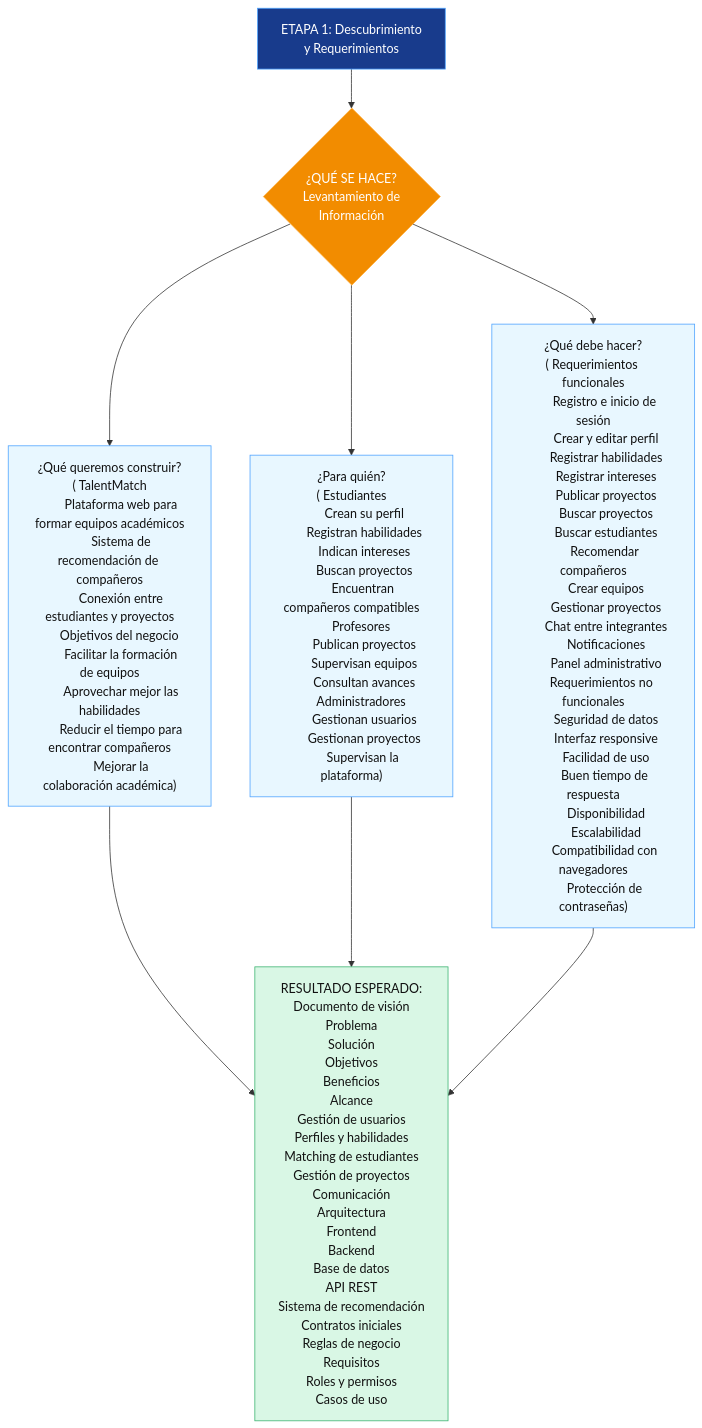
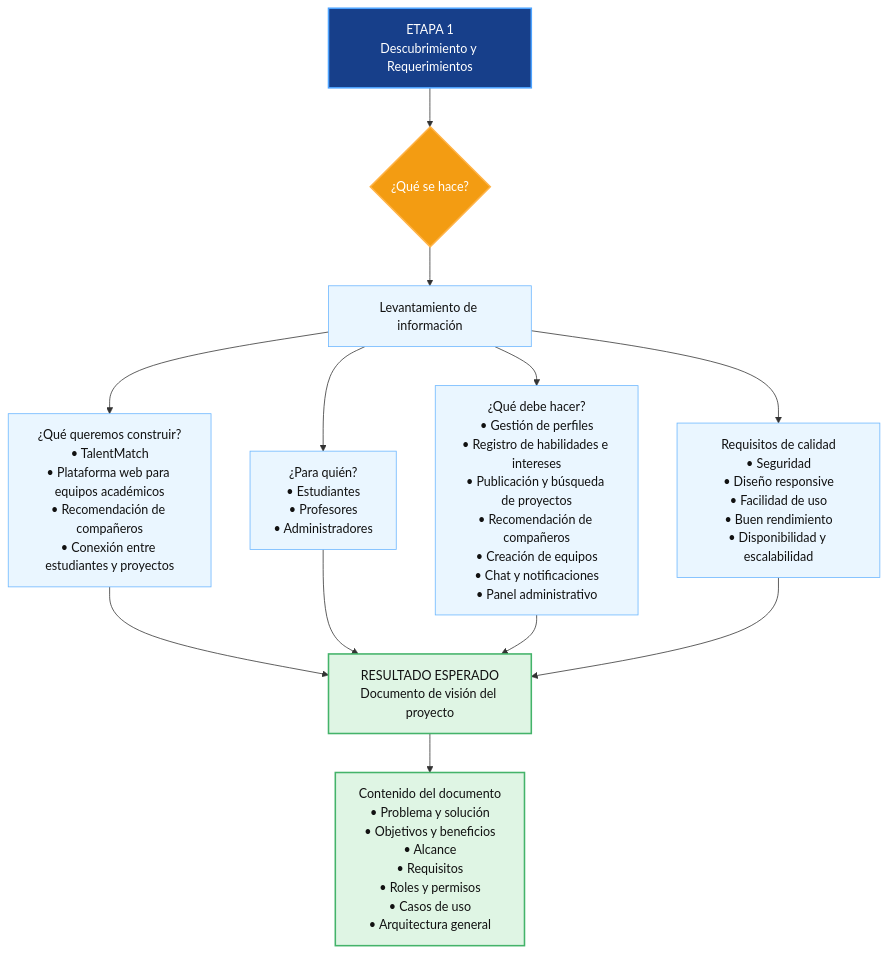
The diagram in Diagrama de flujo.mmd (wilmerrodriguezp-dotcom/TalentMatch), drawn with Mermaid before and after one commit. The commit also changed 1 other file, not shown here.

```diff
--- a/Diagrama de flujo.mmd
+++ b/Diagrama de flujo.mmd
@@ -1,91 +1,40 @@
 flowchart TD
-    A["ETAPA 1: Descubrimiento<br/>y Requerimientos"]
+    A["ETAPA 1<br/>Descubrimiento y Requerimientos"]
 
-    B{"¿QUÉ SE HACE?<br/>Levantamiento de<br/>Información"}
+    B{"¿Qué se hace?"}
+    B1["Levantamiento de información"]
 
-    C["¿Qué queremos construir?<br/>( TalentMatch
-        Plataforma web para formar equipos académicos
-        Sistema de recomendación de compañeros
-        Conexión entre estudiantes y proyectos
-      Objetivos del negocio
-        Facilitar la formación de equipos
-        Aprovechar mejor las habilidades
-        Reducir el tiempo para encontrar compañeros
-        Mejorar la colaboración académica)"]
-    D["¿Para quién?<br/>( Estudiantes
-        Crean su perfil
-        Registran habilidades
-        Indican intereses
-        Buscan proyectos
-        Encuentran compañeros compatibles
-      Profesores
-        Publican proyectos
-        Supervisan equipos
-        Consultan avances
-      Administradores
-        Gestionan usuarios
-        Gestionan proyectos
-        Supervisan la plataforma)"]
-    E["¿Qué debe hacer?<br/>( Requerimientos funcionales
-        Registro e inicio de sesión
-        Crear y editar perfil
-        Registrar habilidades
-        Registrar intereses
-        Publicar proyectos
-        Buscar proyectos
-        Buscar estudiantes
-        Recomendar compañeros
-        Crear equipos
-        Gestionar proyectos
-        Chat entre integrantes
-        Notificaciones
-        Panel administrativo
-      Requerimientos no funcionales
-        Seguridad de datos
-        Interfaz responsive
-        Facilidad de uso
-        Buen tiempo de respuesta
-        Disponibilidad
-        Escalabilidad
-        Compatibilidad con navegadores
-        Protección de contraseñas)"]
+    C["¿Qué queremos construir?<br/>• TalentMatch<br/>• Plataforma web para equipos académicos<br/>• Recomendación de compañeros<br/>• Conexión entre estudiantes y proyectos"]
 
-    F["RESULTADO ESPERADO:<br/>  Documento de visión
-        Problema
-        Solución
-        Objetivos
-        Beneficios
-      Alcance
-        Gestión de usuarios
-        Perfiles y habilidades
-        Matching de estudiantes
-        Gestión de proyectos
-        Comunicación
-      Arquitectura
-        Frontend
-        Backend
-        Base de datos
-        API REST
-        Sistema de recomendación
-      Contratos iniciales
-        Reglas de negocio
-        Requisitos
-        Roles y permisos
-        Casos de uso"]
+    D["¿Para quién?<br/>• Estudiantes<br/>• Profesores<br/>• Administradores"]
+
+    E["¿Qué debe hacer?<br/>• Gestión de perfiles<br/>• Registro de habilidades e intereses<br/>• Publicación y búsqueda de proyectos<br/>• Recomendación de compañeros<br/>• Creación de equipos<br/>• Chat y notificaciones<br/>• Panel administrativo"]
+
+    G["Requisitos de calidad<br/>• Seguridad<br/>• Diseño responsive<br/>• Facilidad de uso<br/>• Buen rendimiento<br/>• Disponibilidad y escalabilidad"]
+
+    F["RESULTADO ESPERADO<br/>Documento de visión del proyecto"]
+
+    H["Contenido del documento<br/>• Problema y solución<br/>• Objetivos y beneficios<br/>• Alcance<br/>• Requisitos<br/>• Roles y permisos<br/>• Casos de uso<br/>• Arquitectura general"]
 
     A --> B
-
-    B --> C
-    B --> D
-    B --> E
+    B --> B1
+    B1 --> C
+    B1 --> D
+    B1 --> E
+    B1 --> G
 
     C --> F
     D --> F
     E --> F
+    G --> F
+    F --> H
 
-    style A fill:#183b8c,color:#fff,stroke:#4da3ff
-    style B fill:#f28c00,color:#fff,stroke:#ffb347
-    style C fill:#e8f7ff,color:#111,stroke:#4da3ff
-    style D fill:#e8f7ff,color:#111,stroke:#4da3ff
-    style E fill:#e8f7ff,color:#111,stroke:#4da3ff
-    style F fill:#d9f7e5,color:#111,stroke:#3cb371
+    classDef etapa fill:#173f8a,color:#fff,stroke:#4da3ff,stroke-width:2px;
+    classDef decision fill:#f39c12,color:#fff,stroke:#ffb347,stroke-width:2px;
+    classDef bloque fill:#eaf6ff,color:#111,stroke:#6bb6ff,stroke-width:1px;
+    classDef resultado fill:#dff5e4,color:#111,stroke:#44b36a,stroke-width:2px;
+
+    class A etapa;
+    class B decision;
+    class B1,C,D,E,G bloque;
+    class F,H resultado;
```
